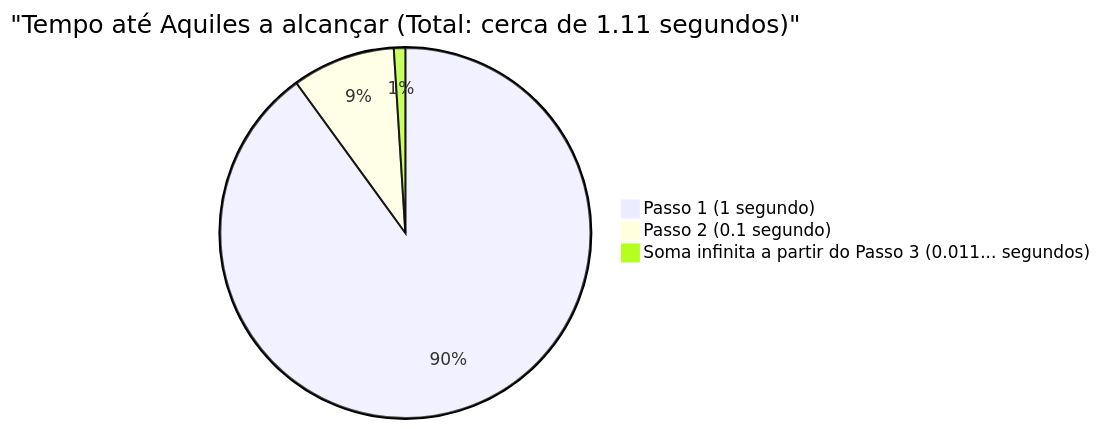
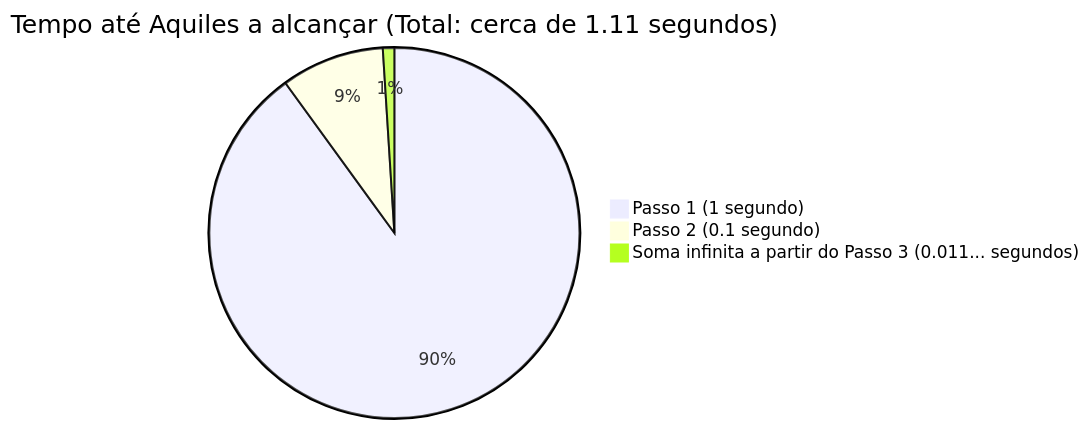
One commit to kenjinote/blog changed the second of 2 diagrams in content/post/アキレスと亀/index.pt.md. Above: the diagram before and after it, drawn with Mermaid. The commit also changed other lines of this file and 703 other files, not shown here.

Commit message:
Fix: Remove quotes from Mermaid link texts and timeline definitions to support Mermaid 11.4.1

````diff
--- a/content/post/アキレスと亀/index.pt.md
+++ b/content/post/アキレスと亀/index.pt.md
@@ -116,6 +116,6 @@
 ```mermaid
-pie title "Tempo até Aquiles a alcançar (Total: cerca de 1.11 segundos)"
+pie title Tempo até Aquiles a alcançar (Total: cerca de 1.11 segundos)
     "Passo 1 (1 segundo)" : 90
     "Passo 2 (0.1 segundo)" : 9
     "Soma infinita a partir do Passo 3 (0.011... segundos)" : 1
 ```
````
